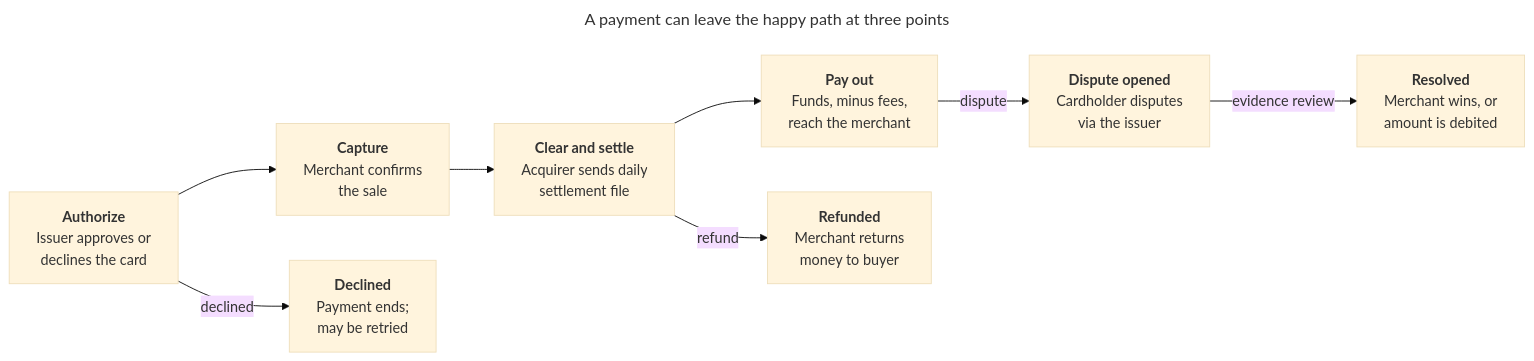
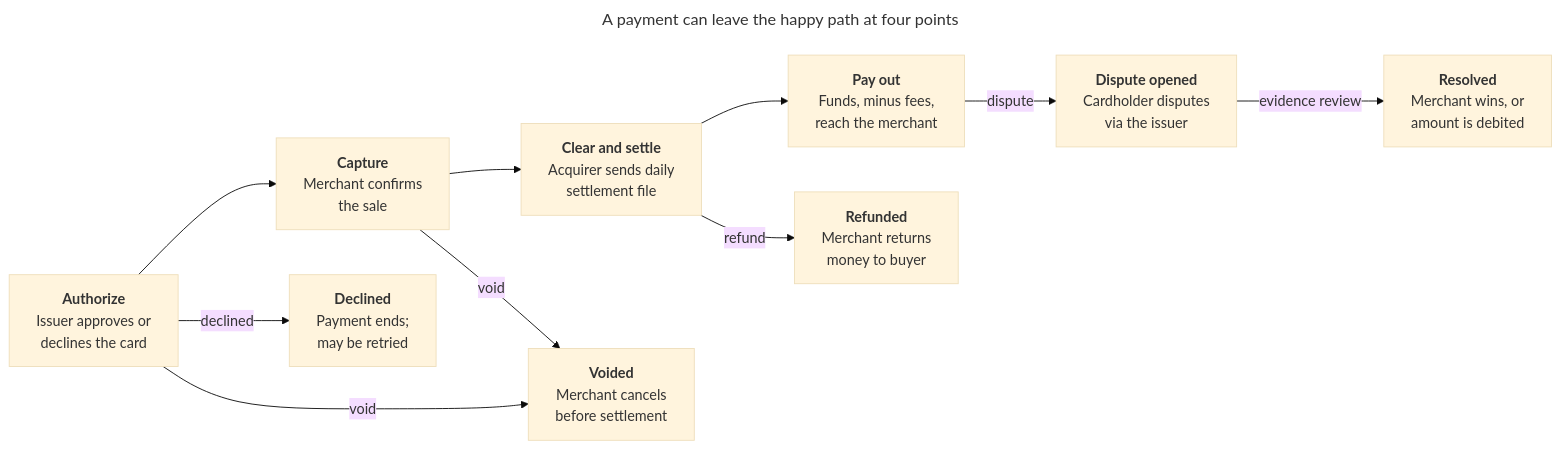
One commit to adrielidaltoe/payment-data-analytics-engineering-project changed the second of 4 diagrams in docs/business_context.md. Above: the diagram before and after it, drawn with Mermaid (base theme). The commit also changed other lines of this file and 1 other file, not shown here.

First line of the commit message:
Separate voids from refunds in the payment lifecycle

````diff
--- a/docs/business_context.md
+++ b/docs/business_context.md
@@ -61,20 +61,23 @@
 ```mermaid
 ---
-title: A payment can leave the happy path at three points
+title: A payment can leave the happy path at four points
 ---
 flowchart LR
     authorize["<b>Authorize</b><br/>Issuer approves or<br/>declines the card"]
     capture["<b>Capture</b><br/>Merchant confirms<br/>the sale"]
     settle["<b>Clear and settle</b><br/>Acquirer sends daily<br/>settlement file"]
     payout["<b>Pay out</b><br/>Funds, minus fees,<br/>reach the merchant"]
     declined["<b>Declined</b><br/>Payment ends;<br/>may be retried"]
+    voided["<b>Voided</b><br/>Merchant cancels<br/>before settlement"]
     refunded["<b>Refunded</b><br/>Merchant returns<br/>money to buyer"]
     dispute["<b>Dispute opened</b><br/>Cardholder disputes<br/>via the issuer"]
     resolved["<b>Resolved</b><br/>Merchant wins, or<br/>amount is debited"]
 
     authorize --> capture --> settle --> payout
     authorize -- declined --> declined
+    authorize -- void --> voided
+    capture -- void --> voided
     settle -- refund --> refunded
     payout -- dispute --> dispute
     dispute -- evidence review --> resolved
 ```
````
